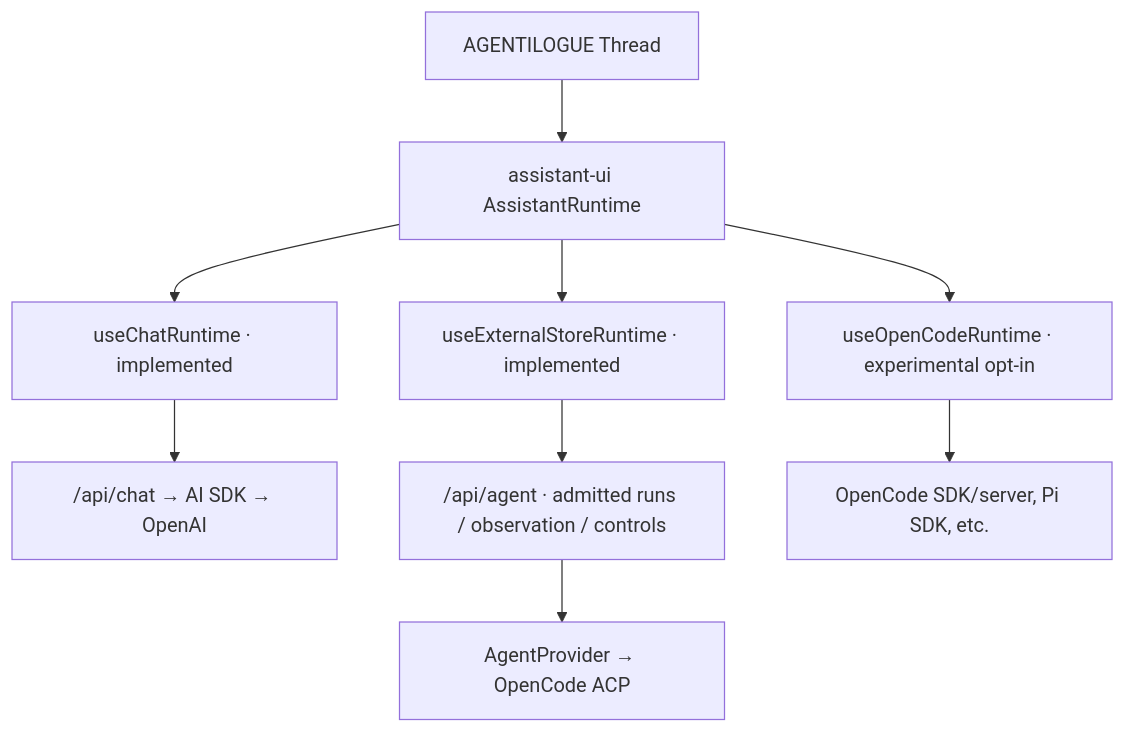
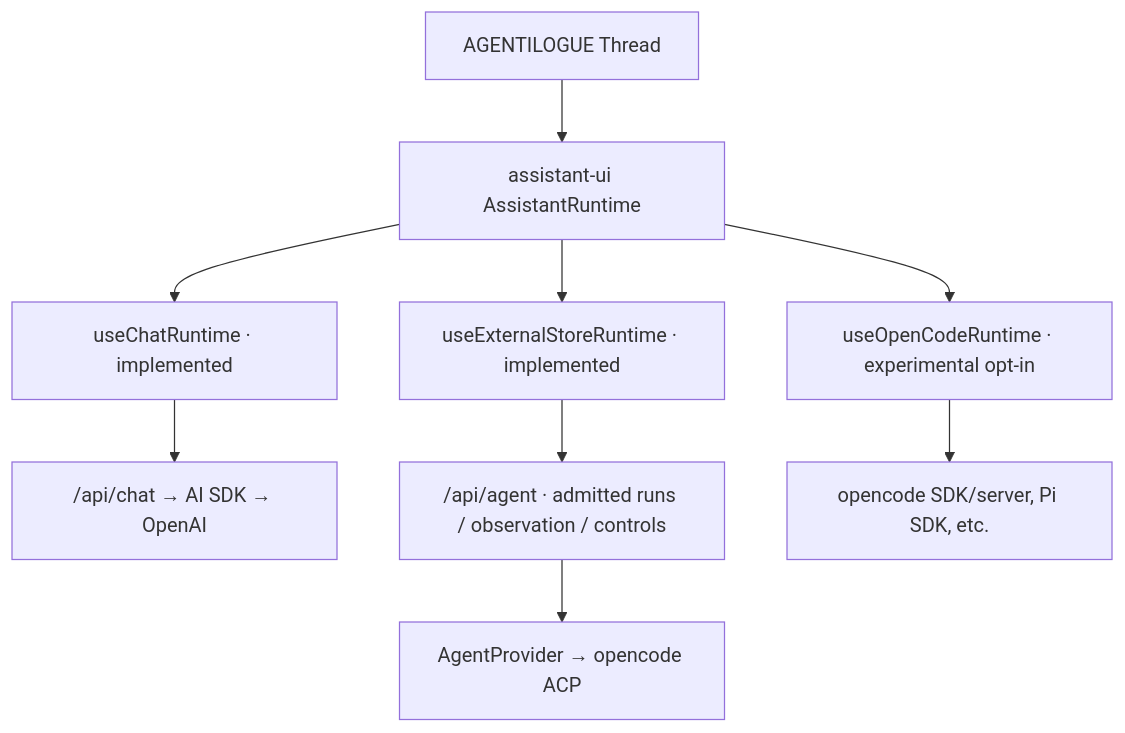
One commit to tbrandenburg/agentilogue changed the second of 3 diagrams in docs/ARCHITECTURE.md. Above: the diagram before and after it, drawn with Mermaid. The commit also changed other lines of this file and 40 other files, not shown here.

````diff
--- a/docs/ARCHITECTURE.md
+++ b/docs/ARCHITECTURE.md
@@ -31,11 +31,11 @@
 ```mermaid
 flowchart TB
     UI["AGENTILOGUE Thread"] --> ROOT["assistant-ui AssistantRuntime"]
     ROOT --> SDK["useChatRuntime · implemented"]
     SDK --> CHAT["/api/chat → AI SDK → OpenAI"]
     ROOT --> ACP["useExternalStoreRuntime · implemented"]
     ACP --> API["/api/agent · admitted runs / observation / controls"]
-    API --> PORT["AgentProvider → OpenCode ACP"]
+    API --> PORT["AgentProvider → opencode ACP"]
     ROOT --> NATIVE["useOpenCodeRuntime · experimental opt-in"]
-    NATIVE --> UPSTREAM["OpenCode SDK/server, Pi SDK, etc."]
+    NATIVE --> UPSTREAM["opencode SDK/server, Pi SDK, etc."]
 ```
````
